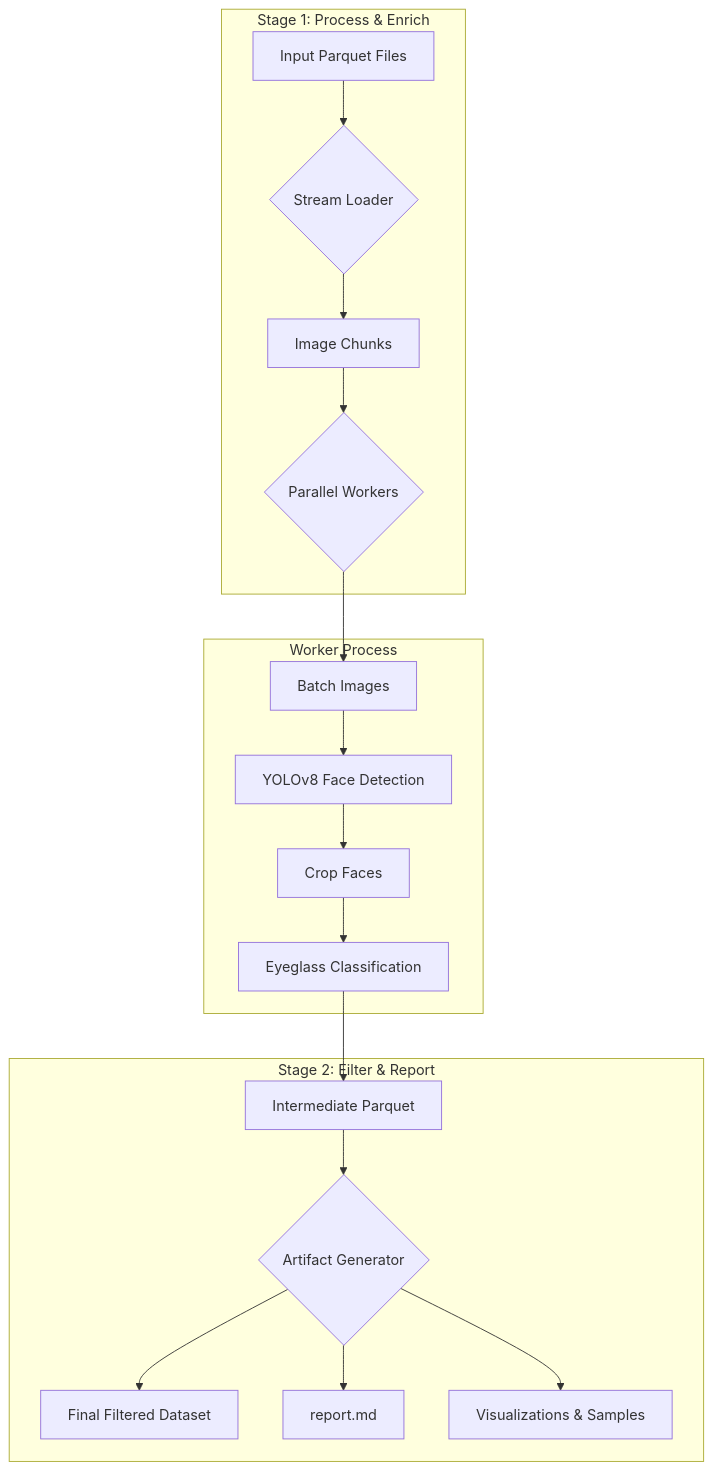
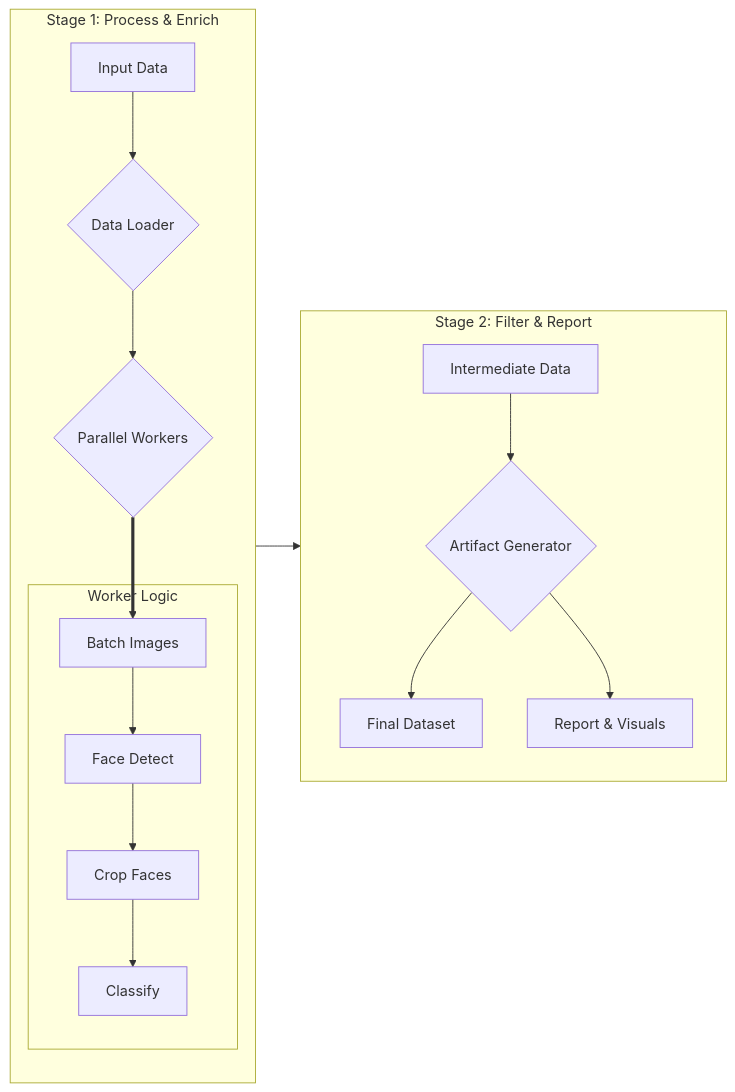
The diagram in README.md (Alpha-W0lf/eyeglass_finder), drawn with Mermaid before and after one commit. The commit also changed other lines of this file, not shown here.

Commit message:
docs(readme): improve diagram and gallery links
- Refactor the architecture diagram to a more compact, left-to-right layout to enhance readability and prevent scrolling.
- Update the qualitative analysis gallery links to point to the rendered GitHub Pages site instead of the raw HTML files.

````diff
--- a/README.md
+++ b/README.md
@@ -99,24 +99,23 @@
 ```mermaid
-graph TD
+graph LR
     subgraph "Stage 1: Process & Enrich"
-        A[Input Parquet Files] --> B{Stream Loader};
-        B --> C[Image Chunks];
-        C --> D{Parallel Workers};
-    end
+        direction TD
+        A[Input Data] --> B{Data Loader};
+        B --> C{Parallel Workers};
+        
+        subgraph "Worker Logic"
+            D[Batch Images] --> E[Face Detect] --> F[Crop Faces] --> G[Classify];
+        end
 
-    subgraph "Worker Process"
-        D --> E[Batch Images];
-        E --> F[YOLOv8 Face Detection];
-        F --> G[Crop Faces];
-        G --> H[Eyeglass Classification];
+        C ==> D;
     end
 
     subgraph "Stage 2: Filter & Report"
-        I[Intermediate Parquet] --> J{Artifact Generator};
-        J --> K[Final Filtered Dataset];
-        J --> L[report.md];
-        J --> M[Visualizations & Samples];
+        direction TD
+        I[Intermediate Data] --> J{Artifact Generator};
+        J --> K[Final Dataset];
+        J --> L[Report & Visuals];
     end
 
-    H --> I;
+    G --> I;
 ```
````
